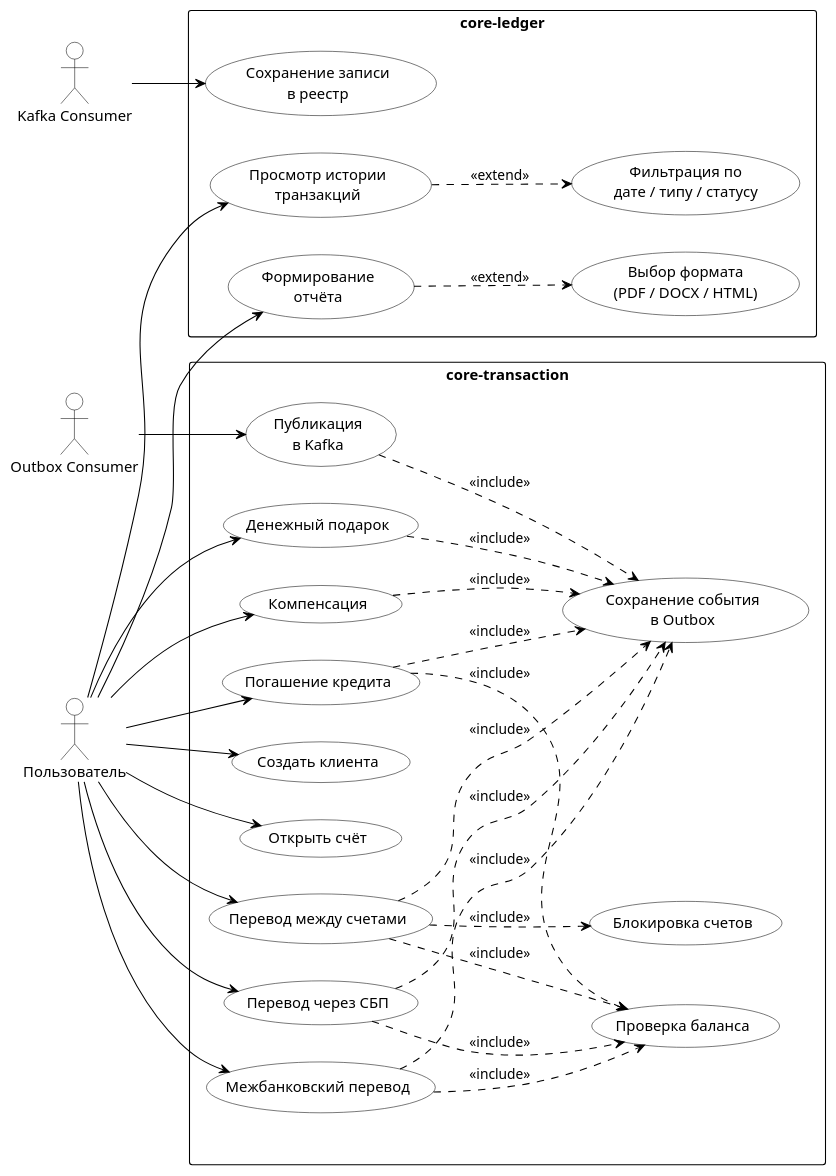
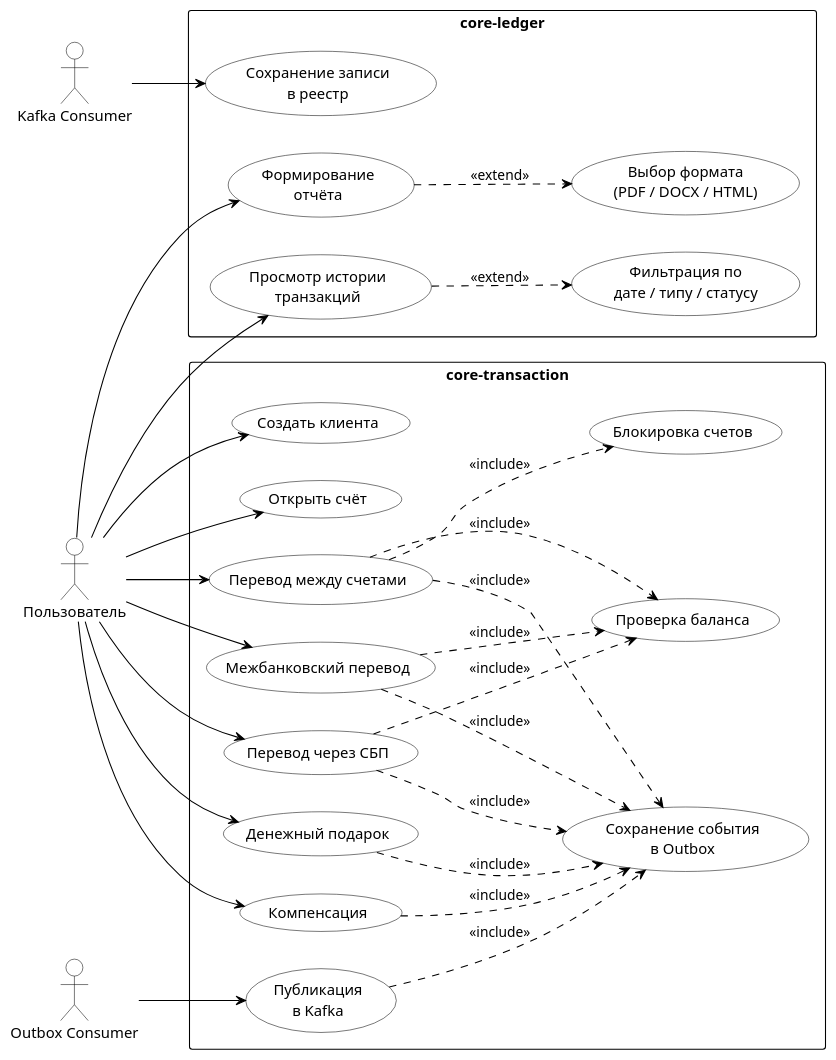
The ninth of 18 diagrams in docs/Диаграммы_PlantUML.md (SVYATOOOSLAV/core-transaction), drawn with PlantUML before and after one commit. The commit also changed 31 other files, not shown here.

````diff
--- a/docs/Диаграммы_PlantUML.md
+++ b/docs/Диаграммы_PlantUML.md
@@ -616,81 +616,77 @@
 ```plantuml
 @startuml
 skinparam shadowing false
 skinparam usecase {
     BackgroundColor #FFFFFF
     BorderColor #000000
     FontColor #000000
 }
 skinparam actor {
     BackgroundColor #FFFFFF
     BorderColor #000000
     FontColor #000000
 }
 skinparam ArrowColor #000000
 skinparam rectangle {
     BackgroundColor #FFFFFF
     BorderColor #000000
 }
 
 left to right direction
 
 actor "Пользователь" as user
 actor "Outbox Consumer" as outbox
 actor "Kafka Consumer" as kafkaCons
 
 rectangle "core-transaction" {
     usecase "Создать клиента" as UC1
     usecase "Открыть счёт" as UC2
     usecase "Перевод между счетами" as UC3
     usecase "Перевод через СБП" as UC4
     usecase "Межбанковский перевод" as UC5
     usecase "Денежный подарок" as UC6
     usecase "Компенсация" as UC7
-    usecase "Погашение кредита" as UC8
     usecase "Проверка баланса" as UC_BAL
     usecase "Блокировка счетов" as UC_LOCK
     usecase "Сохранение события\nв Outbox" as UC_OUT
     usecase "Публикация\nв Kafka" as UC_PUB
 }
 
 rectangle "core-ledger" {
     usecase "Просмотр истории\nтранзакций" as UC9
     usecase "Фильтрация по\nдате / типу / статусу" as UC_FILT
     usecase "Формирование\nотчёта" as UC10
     usecase "Выбор формата\n(PDF / DOCX / HTML)" as UC_FMT
     usecase "Сохранение записи\nв реестр" as UC_SAVE
 }
 
 user --> UC1
 user --> UC2
 user --> UC3
 user --> UC4
 user --> UC5
 user --> UC6
 user --> UC7
-user --> UC8
 user --> UC9
 user --> UC10
 
 UC3 ..> UC_BAL : <<include>>
 UC4 ..> UC_BAL : <<include>>
 UC5 ..> UC_BAL : <<include>>
-UC8 ..> UC_BAL : <<include>>
 
 UC3 ..> UC_LOCK : <<include>>
 UC3 ..> UC_OUT : <<include>>
 UC4 ..> UC_OUT : <<include>>
 UC5 ..> UC_OUT : <<include>>
 UC6 ..> UC_OUT : <<include>>
 UC7 ..> UC_OUT : <<include>>
-UC8 ..> UC_OUT : <<include>>
 
 UC9 ..> UC_FILT : <<extend>>
 UC10 ..> UC_FMT : <<extend>>
 
 outbox --> UC_PUB
 UC_PUB ..> UC_OUT : <<include>>
 
 kafkaCons --> UC_SAVE
 @enduml
 ```
````
